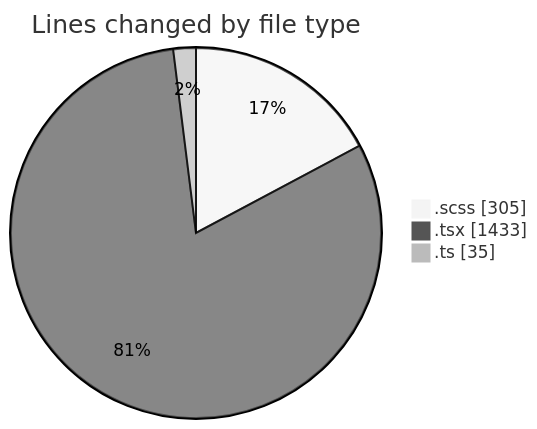
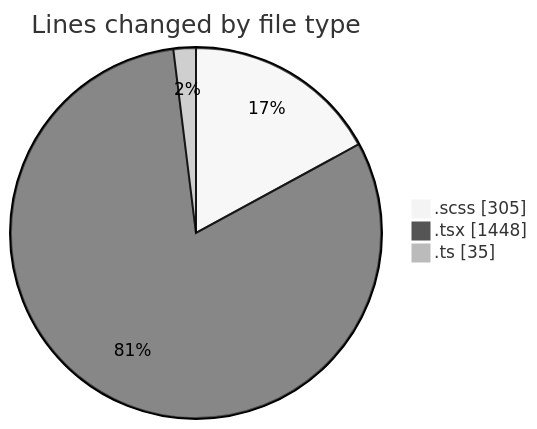
One commit to momahboobian/code-tracking changed the first of 2 diagrams in 2025-03-04/cda/README.md. Above: the diagram before and after it, drawn with Mermaid (neutral theme). The commit also changed other lines of this file and 1 other file, not shown here.

````diff
--- a/2025-03-04/cda/README.md
+++ b/2025-03-04/cda/README.md
@@ -31,7 +31,7 @@
 ```mermaid
 pie showData
 title Lines changed by file type
 ".scss" : 305
-".tsx" : 1433
+".tsx" : 1448
 ".ts" : 35
 ```
````
